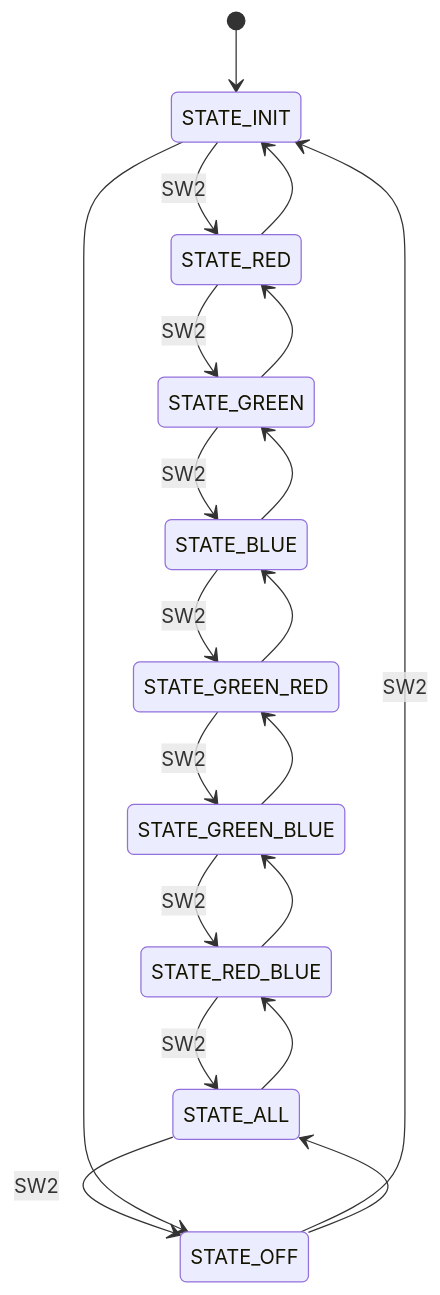
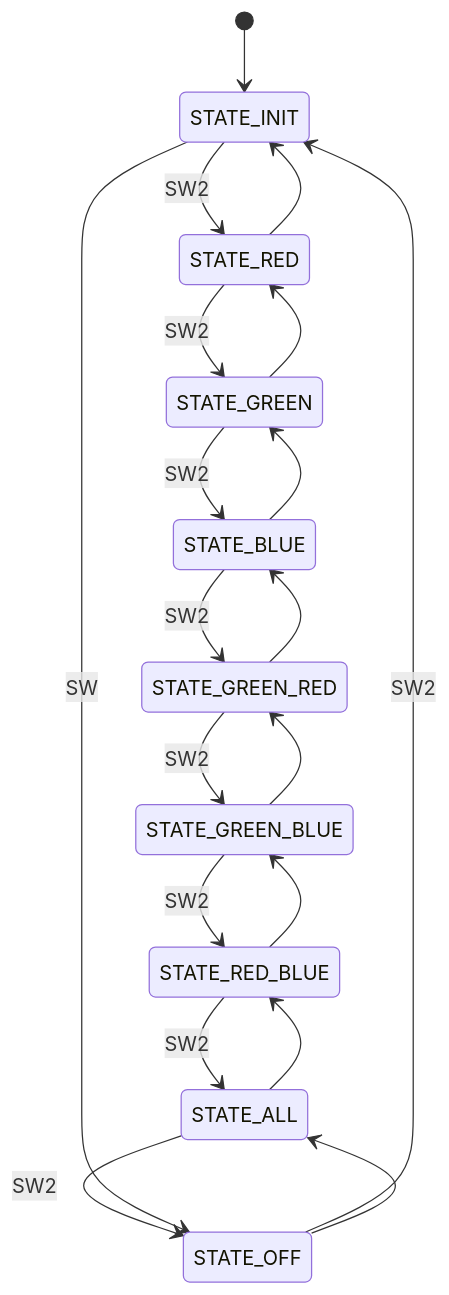
The diagram in all/Mapa de Estado.md (AngelMzno/iodraw-files), drawn with Mermaid before and after one commit.

Commit message:
2024-09-03 19:56:14 update

````diff
--- a/all/Mapa de Estado.md
+++ b/all/Mapa de Estado.md
@@ -1,26 +1,26 @@
 ```mermaid
 stateDiagram-v2 
 [*]-->STATE_INIT 
 STATE_INIT -->  STATE_RED :SW2
 STATE_RED --> STATE_GREEN:SW2
 STATE_GREEN-->STATE_BLUE:SW2
 STATE_BLUE -->STATE_GREEN_RED:SW2
 STATE_GREEN_RED -->STATE_GREEN_BLUE:SW2
 STATE_GREEN_BLUE-->STATE_RED_BLUE:SW2
 STATE_RED_BLUE-->STATE_ALL:SW2
 STATE_ALL-->STATE_OFF:SW2
 STATE_OFF-->STATE_INIT:SW2
 
-STATE_INIT --> STATE_OFF
+STATE_INIT --> STATE_OFF:SW
 STATE_RED --> STATE_INIT
 STATE_GREEN-->STATE_RED
 STATE_BLUE -->STATE_GREEN
 STATE_GREEN_RED -->STATE_BLUE
 STATE_GREEN_BLUE-->STATE_GREEN_RED
 STATE_RED_BLUE-->STATE_GREEN_BLUE
 STATE_ALL-->STATE_RED_BLUE
 STATE_OFF-->STATE_ALL
 
 
 
 ```
````
